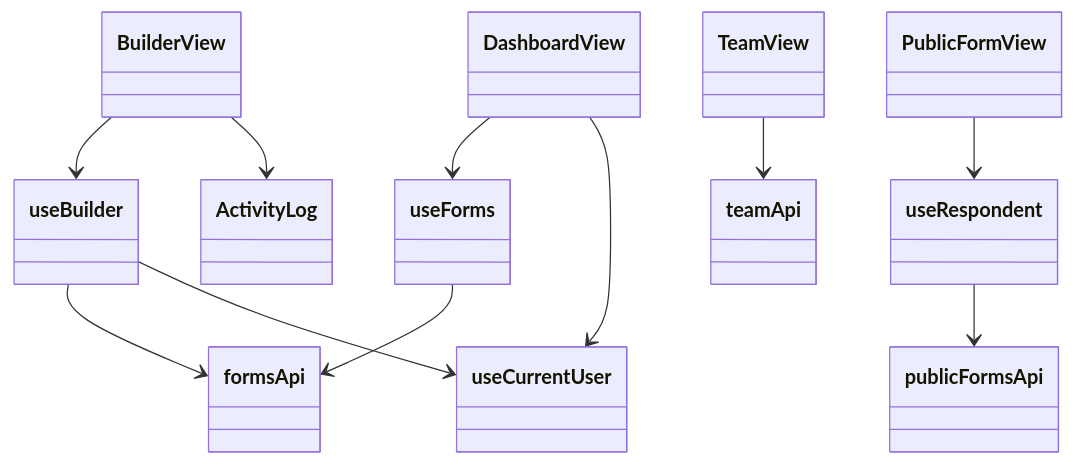
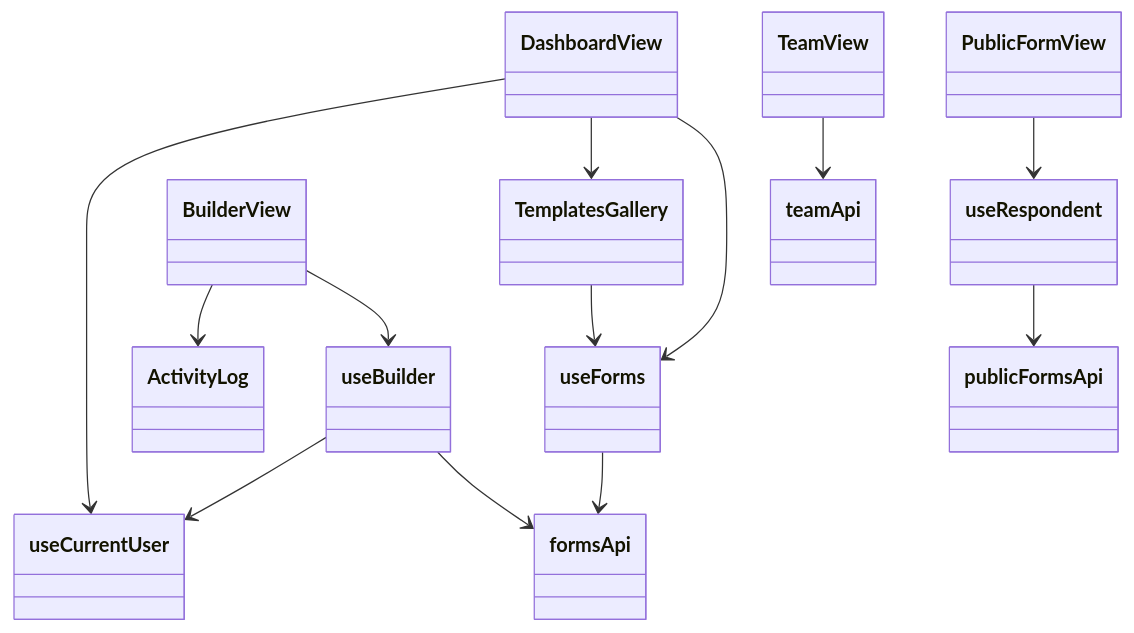
Before and after one commit to ruthwikkakumani/formly: the third of 3 diagrams in docs/diagrams/class-uml.md, drawn with Mermaid. The commit also changed other lines of this file and 11 other files, not shown here.

````diff
--- a/docs/diagrams/class-uml.md
+++ b/docs/diagrams/class-uml.md
@@ -148,25 +151,28 @@
 ```mermaid
 classDiagram
   class DashboardView
+  class TemplatesGallery
   class BuilderView
   class PublicFormView
   class TeamView
   class ActivityLog
   class useForms
   class useBuilder
   class useRespondent
   class useCurrentUser
   class formsApi
   class publicFormsApi
   class teamApi
   DashboardView --> useForms
+  DashboardView --> TemplatesGallery
   DashboardView --> useCurrentUser
+  TemplatesGallery --> useForms
   BuilderView --> useBuilder
   BuilderView --> ActivityLog
   PublicFormView --> useRespondent
   TeamView --> teamApi
   useForms --> formsApi
   useBuilder --> formsApi
   useBuilder --> useCurrentUser
   useRespondent --> publicFormsApi
 ```
````
